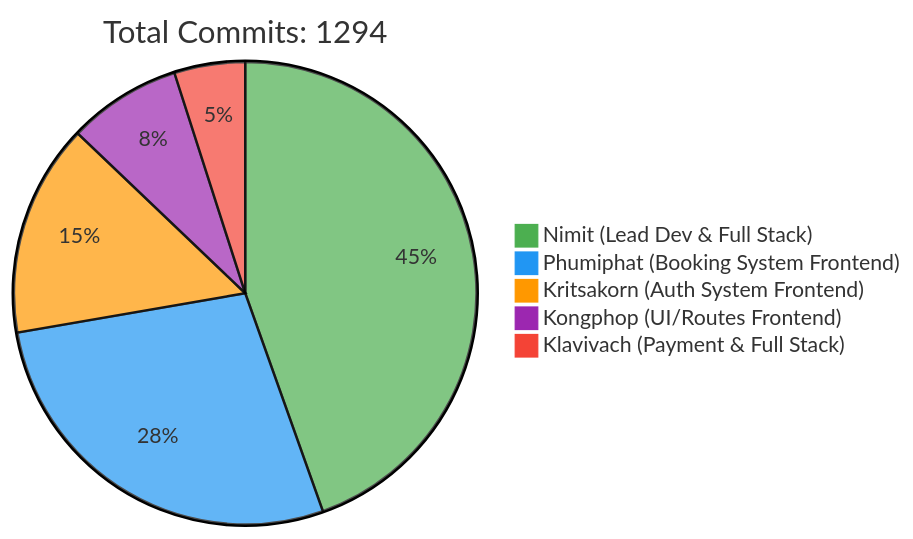
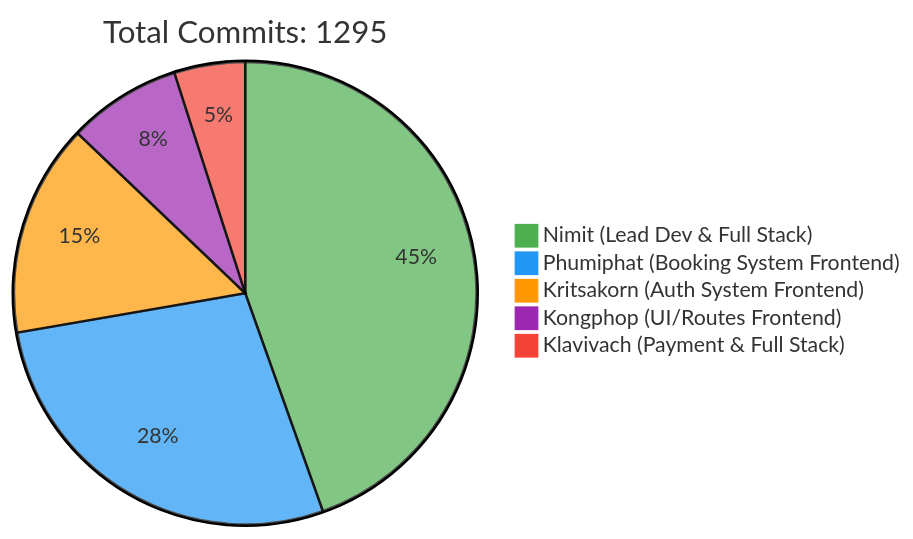
The first of 2 diagrams in README.md (6531503042/Sport-Complex), drawn with Mermaid before and after one commit. The commit also changed other lines of this file, not shown here.

Commit message:
docs: Update contributor statistics [skip ci]

````diff
--- a/README.md
+++ b/README.md
@@ -257,10 +257,10 @@
 ```mermaid
 %%{init: {'theme': 'base', 'themeVariables': { 'pie1': '#4CAF50', 'pie2': '#2196F3', 'pie3': '#FF9800', 'pie4': '#9C27B0', 'pie5': '#F44336'}}}%%
 pie
-    title Total Commits: 1294
+    title Total Commits: 1295
     "Nimit (Lead Dev & Full Stack)" : 450
     "Phumiphat (Booking System Frontend)" : 280
     "Kritsakorn (Auth System Frontend)" : 150
     "Kongphop (UI/Routes Frontend)" : 80
     "Klavivach (Payment & Full Stack)" : 50
 ```
````
